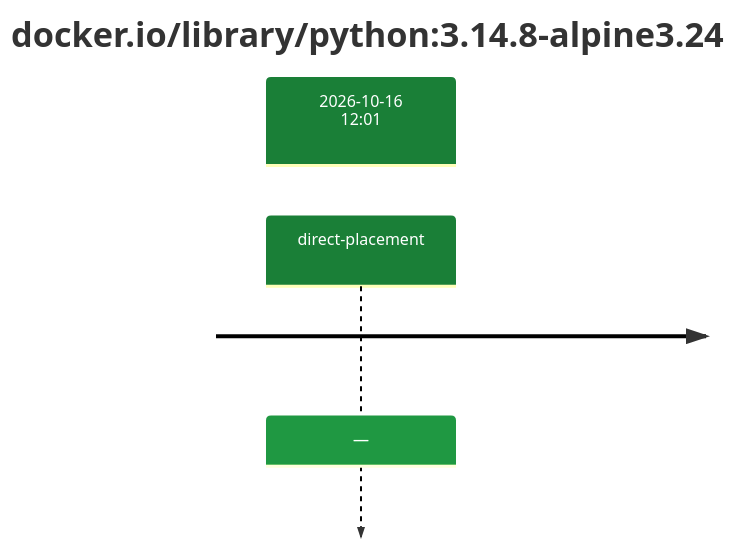
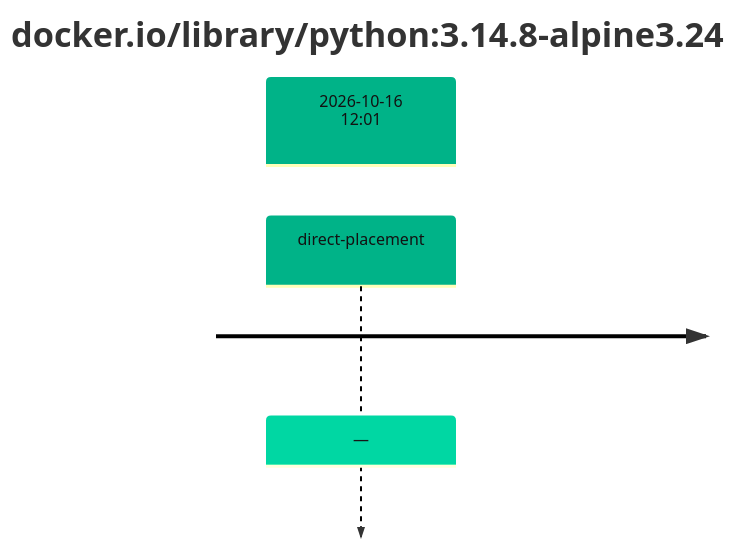
Before and after one commit to trivoallan/base-images: the first of 2 diagrams in results/reports/base-python-3/sha256:267d3fedc02b43d34b8d74d7d8c8e73dd0d8b7c456fcd6ed47eb46b80368230d.md, drawn with Mermaid. The commit also changed other lines of this file and 12 other files, not shown here.

````diff
--- a/results/reports/base-python-3/sha256:267d3fedc02b43d34b8d74d7d8c8e73dd0d8b7c456fcd6ed47eb46b80368230d.md
+++ b/results/reports/base-python-3/sha256:267d3fedc02b43d34b8d74d7d8c8e73dd0d8b7c456fcd6ed47eb46b80368230d.md
@@ -5,7 +5,7 @@
 ```mermaid
-%%{init: {"theme": "default", "themeVariables": {"cScale0": "#1a7f37", "cScaleLabel0": "#ffffff"}}}%%
+%%{init: {"theme": "default", "themeVariables": {"cScale0": "#00b388", "cScaleLabel0": "#121212"}}}%%
 timeline
     title docker.io/library/python#58;3.14.8-alpine3.24
     section 2026-10-16 12#58;01
         direct-placement : —
 ```
````
